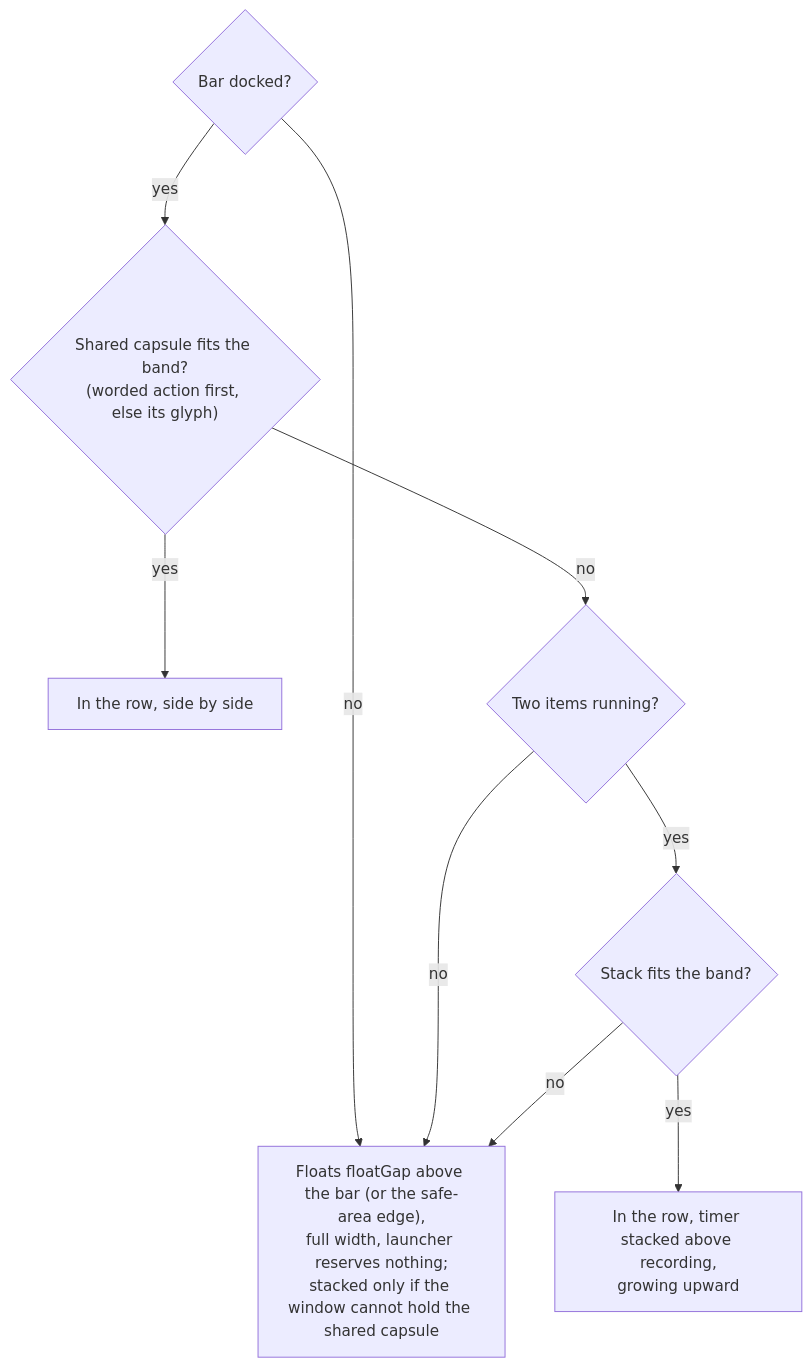
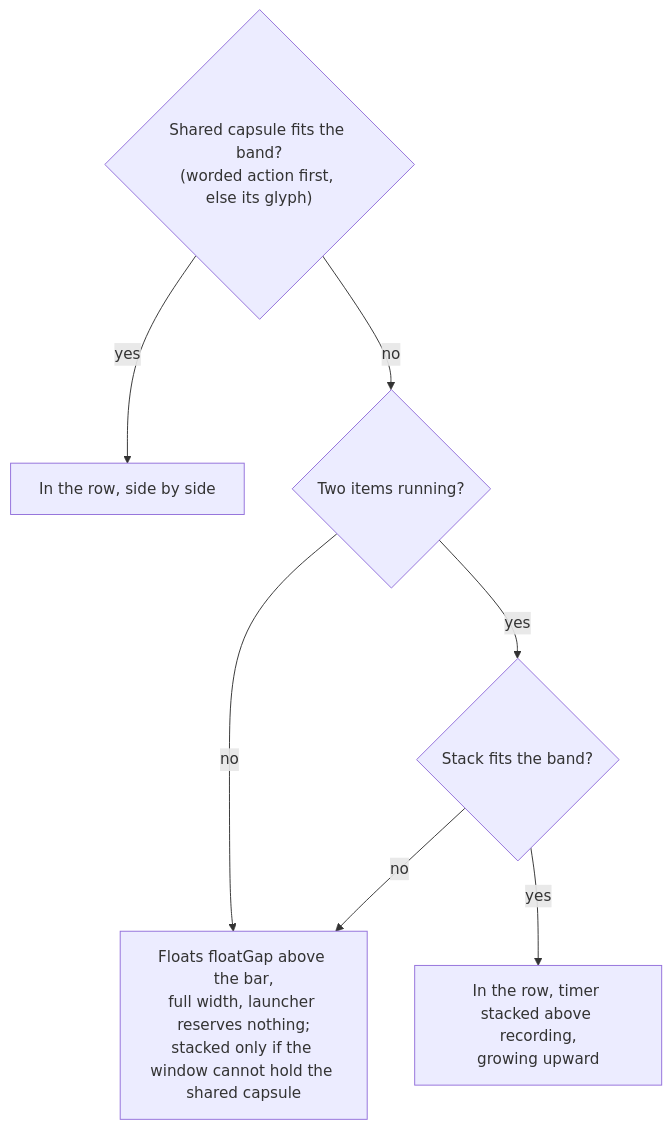
One commit to matthiasn/lotti changed the seventh of 7 diagrams in knowledge/architecture/navigation.md. Above: the diagram before and after it, drawn with Mermaid. The commit also changed other lines of this file and 8 other files, not shown here.

Commit message:
fix(nav): activity island shows only beside the launcher row, never over sticky action bars (#4868)

````diff
--- a/knowledge/architecture/navigation.md
+++ b/knowledge/architecture/navigation.md
@@ -732,11 +742,10 @@
 ```mermaid
 flowchart TD
-  Start{"Bar docked?"} -->|no| Float
-  Start -->|yes| Shared{"Shared capsule fits the band?<br/>(worded action first, else its glyph)"}
+  Shared{"Shared capsule fits the band?<br/>(worded action first, else its glyph)"}
   Shared -->|yes| InRowShared["In the row, side by side"]
   Shared -->|no| Two{"Two items running?"}
   Two -->|no| Float
   Two -->|yes| Stack{"Stack fits the band?"}
   Stack -->|yes| InRowStack["In the row, timer stacked above recording,<br/>growing upward"]
-  Stack -->|no| Float["Floats floatGap above the bar (or the safe-area edge),<br/>full width, launcher reserves nothing;<br/>stacked only if the window cannot hold the shared capsule"]
+  Stack -->|no| Float["Floats floatGap above the bar,<br/>full width, launcher reserves nothing;<br/>stacked only if the window cannot hold the shared capsule"]
 ```
````
